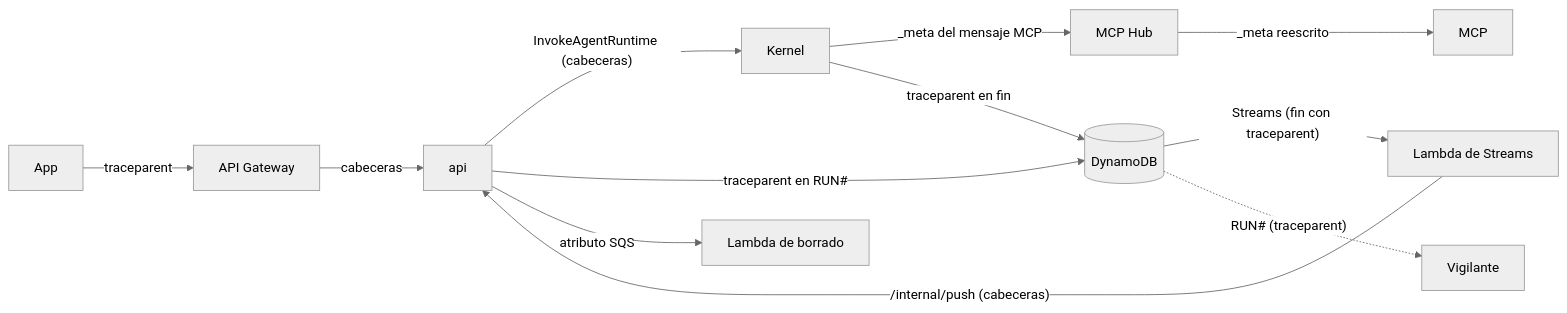
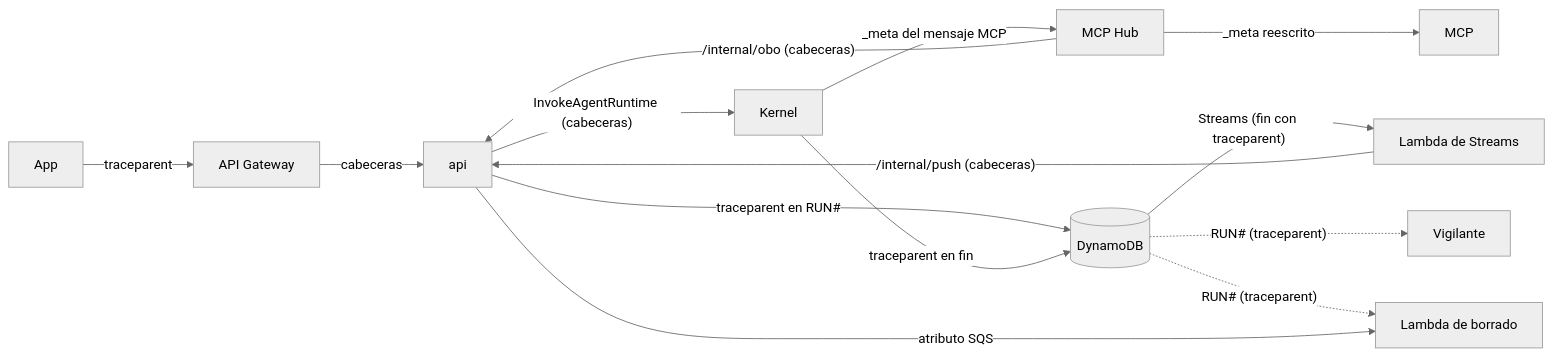
The tenth of 10 diagrams in docs/arquitectura-agentes.md (ikermendi/sample-agent-platform-with-agentcore), drawn with Mermaid (neutral theme) before and after one commit. The commit also changed other lines of this file, not shown here.

````diff
--- a/docs/arquitectura-agentes.md
+++ b/docs/arquitectura-agentes.md
@@ -1331,13 +1362,15 @@
 ```mermaid
 flowchart LR
   App -- "traceparent" --> GW[API Gateway]
   GW -- cabeceras --> API[api]
   API -- "InvokeAgentRuntime (cabeceras)" --> K[Kernel]
   K -- "_meta del mensaje MCP" --> H[MCP Hub] -- "_meta reescrito" --> M[MCP]
   API -- "traceparent en RUN#" --> D[(DynamoDB)]
   K -- "traceparent en fin" --> D
   D -- "Streams (fin con traceparent)" --> S[Lambda de Streams]
   S -- "/internal/push (cabeceras)" --> API
   D -. "RUN# (traceparent)" .-> V[Vigilante]
+  D -. "RUN# (traceparent)" .-> B
+  H -- "/internal/obo (cabeceras)" --> API
   API -- "atributo SQS" --> B[Lambda de borrado]
 ```
````
